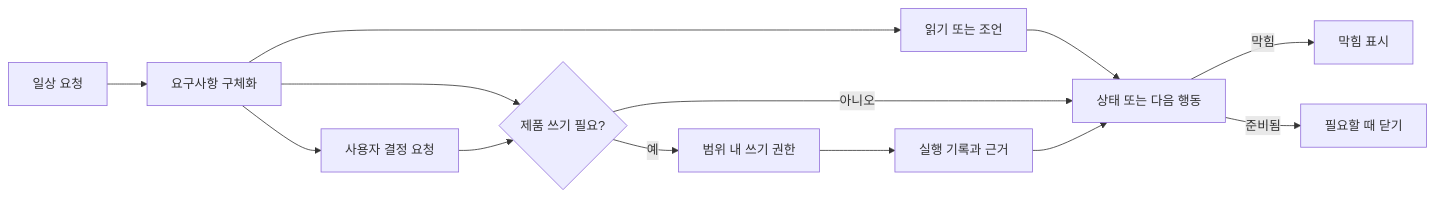
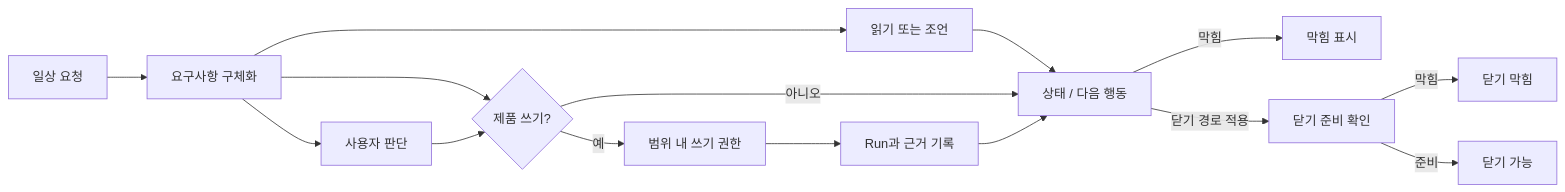
One commit to minjungw00/Harness_Project changed the diagram in docs/ko/use/agent-session-flow.md. Above: the diagram before and after it, drawn with Mermaid. The commit also changed 20 other files, not shown here.

Commit message:
docs: refresh diagrams for staged authority model

````diff
--- a/docs/ko/use/agent-session-flow.md
+++ b/docs/ko/use/agent-session-flow.md
@@ -36,15 +36,17 @@
 ```mermaid
 flowchart LR
   Request["일상 요청"] --> Clarify["요구사항 구체화"]
-  Clarify --> Decision["사용자 결정 요청"]
+  Clarify --> Decision["사용자 판단"]
   Clarify --> ReadOnly["읽기 또는 조언"]
-  Clarify --> WriteNeed{"제품 쓰기 필요?"}
+  Clarify --> WriteNeed{"제품 쓰기?"}
   Decision --> WriteNeed
-  ReadOnly --> Status["상태 또는 다음 행동"]
+  ReadOnly --> Status["상태 / 다음 행동"]
   WriteNeed -->|예| Authority["범위 내 쓰기 권한"]
   WriteNeed -->|아니오| Status
-  Authority --> Run["실행 기록과 근거"]
+  Authority --> Run["Run과 근거 기록"]
   Run --> Status
-  Status -->|막힘| Blockers["막힘 표시"]
-  Status -->|준비됨| Close["필요할 때 닫기"]
+  Status -->|막힘| Blocker["막힘 표시"]
+  Status -->|닫기 경로 적용| CloseCheck["닫기 준비 확인"]
+  CloseCheck -->|막힘| CloseBlocker["닫기 막힘"]
+  CloseCheck -->|준비| Close["닫기 가능"]
 ```
````
